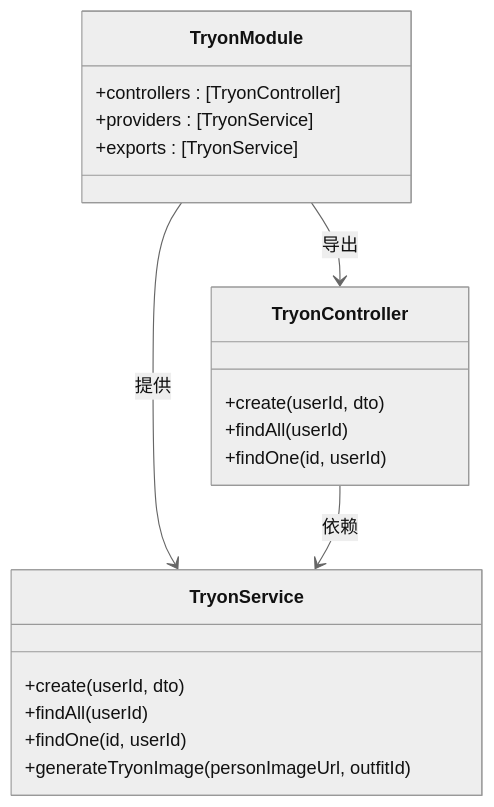
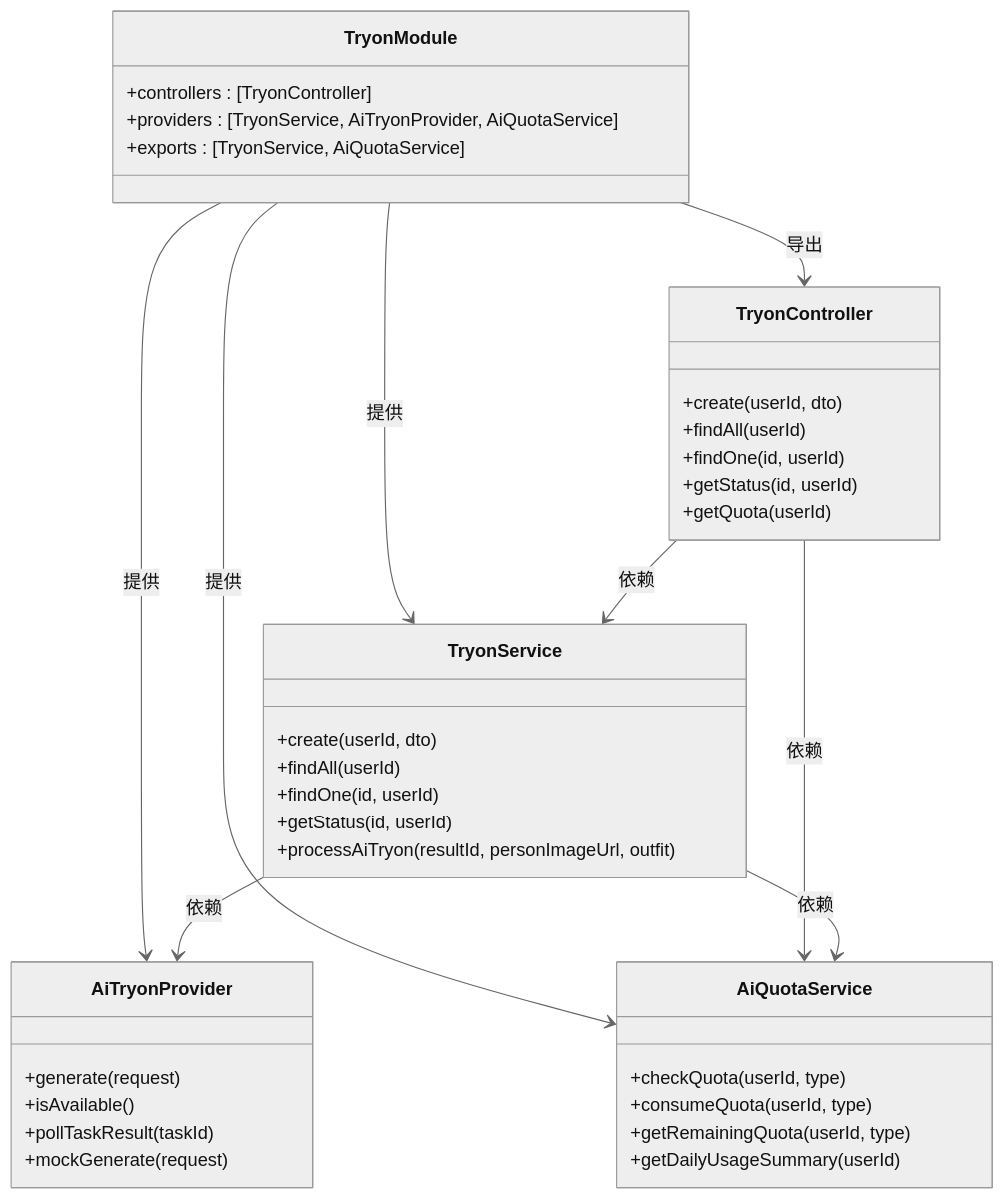
One commit to lsqwawa/free-dress changed the fifth of 13 diagrams in .qoder/repowiki/zh/content/后端开发指南/核心模块详解/AI试穿模块.md. Above: the diagram before and after it, drawn with Mermaid (neutral theme). The commit also changed other lines of this file and 62 other files, not shown here.

````diff
--- a/.qoder/repowiki/zh/content/后端开发指南/核心模块详解/AI试穿模块.md
+++ b/.qoder/repowiki/zh/content/后端开发指南/核心模块详解/AI试穿模块.md
@@ -264,22 +304,42 @@
 ```mermaid
 classDiagram
 class TryonModule {
 +controllers : [TryonController]
-+providers : [TryonService]
-+exports : [TryonService]
++providers : [TryonService, AiTryonProvider, AiQuotaService]
++exports : [TryonService, AiQuotaService]
 }
 class TryonController {
 +create(userId, dto)
 +findAll(userId)
 +findOne(id, userId)
++getStatus(id, userId)
++getQuota(userId)
 }
 class TryonService {
 +create(userId, dto)
 +findAll(userId)
 +findOne(id, userId)
-+generateTryonImage(personImageUrl, outfitId)
++getStatus(id, userId)
++processAiTryon(resultId, personImageUrl, outfit)
+}
+class AiTryonProvider {
++generate(request)
++isAvailable()
++pollTaskResult(taskId)
++mockGenerate(request)
+}
+class AiQuotaService {
++checkQuota(userId, type)
++consumeQuota(userId, type)
++getRemainingQuota(userId, type)
++getDailyUsageSummary(userId)
 }
 TryonModule --> TryonController : 导出
 TryonModule --> TryonService : 提供
+TryonModule --> AiTryonProvider : 提供
+TryonModule --> AiQuotaService : 提供
 TryonController --> TryonService : 依赖
+TryonController --> AiQuotaService : 依赖
+TryonService --> AiTryonProvider : 依赖
+TryonService --> AiQuotaService : 依赖
 ```
````
